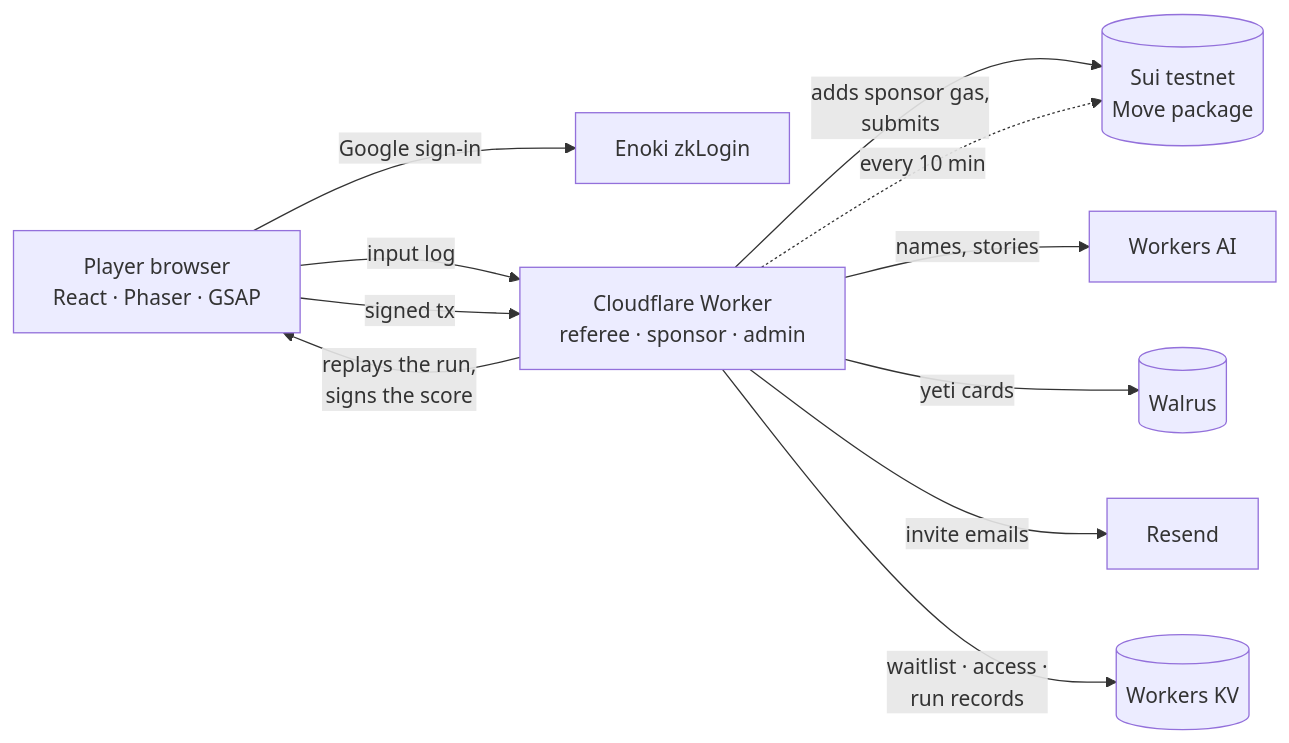
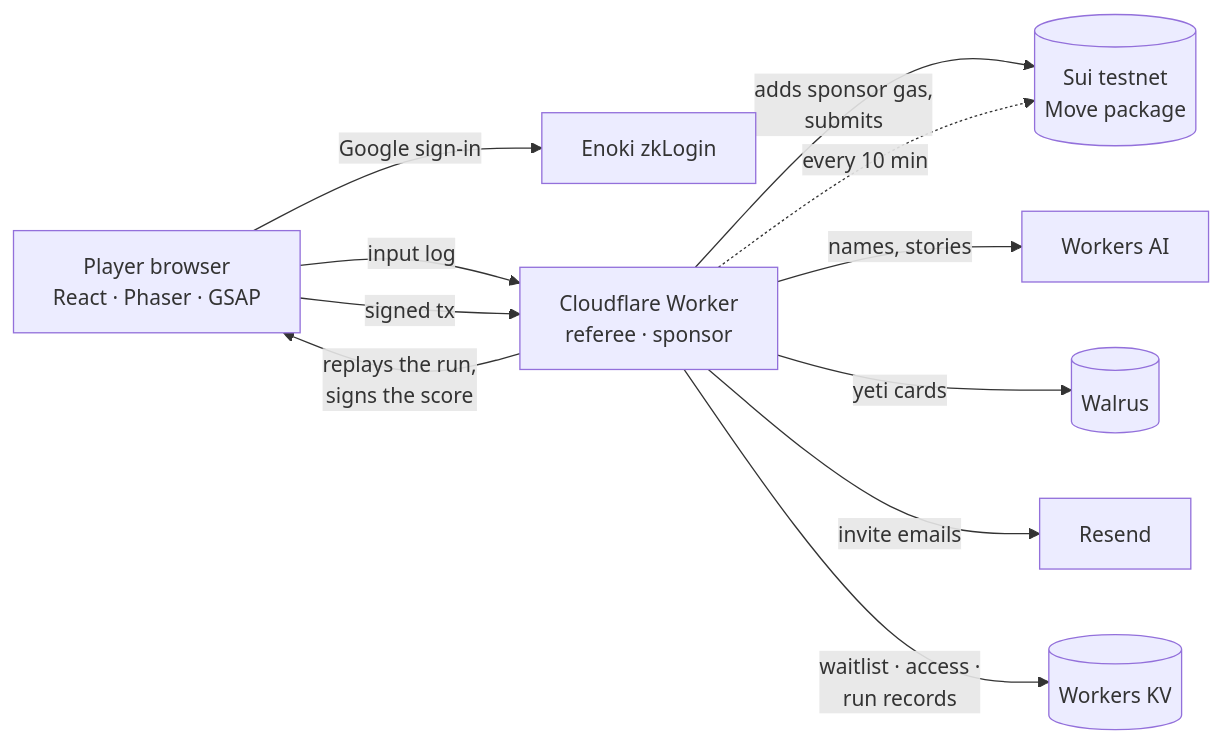
One commit to mdmudassir0143/fleggs changed the diagram in README.md. Above: the diagram before and after it, drawn with Mermaid. The commit also changed other lines of this file, not shown here.

````diff
--- a/README.md
+++ b/README.md
@@ -97,13 +92,13 @@
 ```mermaid
 flowchart LR
   P[Player browser<br/>React · Phaser · GSAP] -- Google sign-in --> E[Enoki zkLogin]
-  P -- input log --> W[Cloudflare Worker<br/>referee · sponsor · admin]
+  P -- input log --> W[Cloudflare Worker<br/>referee · sponsor]
   W -- replays the run,<br/>signs the score --> P
   P -- signed tx --> W
   W -- adds sponsor gas,<br/>submits --> S[(Sui testnet<br/>Move package)]
   W -- names, stories --> AI[Workers AI]
   W -- yeti cards --> WAL[(Walrus)]
   W -- invite emails --> R[Resend]
   W -- waitlist · access ·<br/>run records --> KV[(Workers KV)]
   W -. every 10 min .-> S
 ```
````
